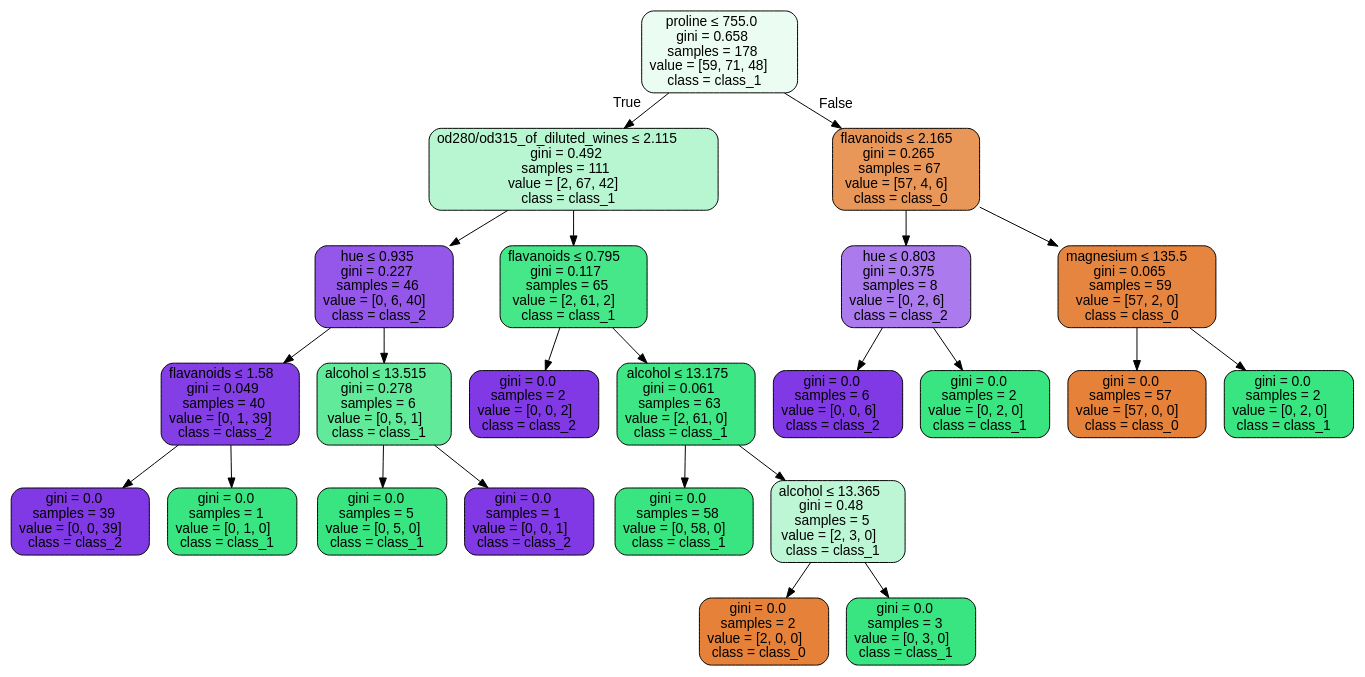
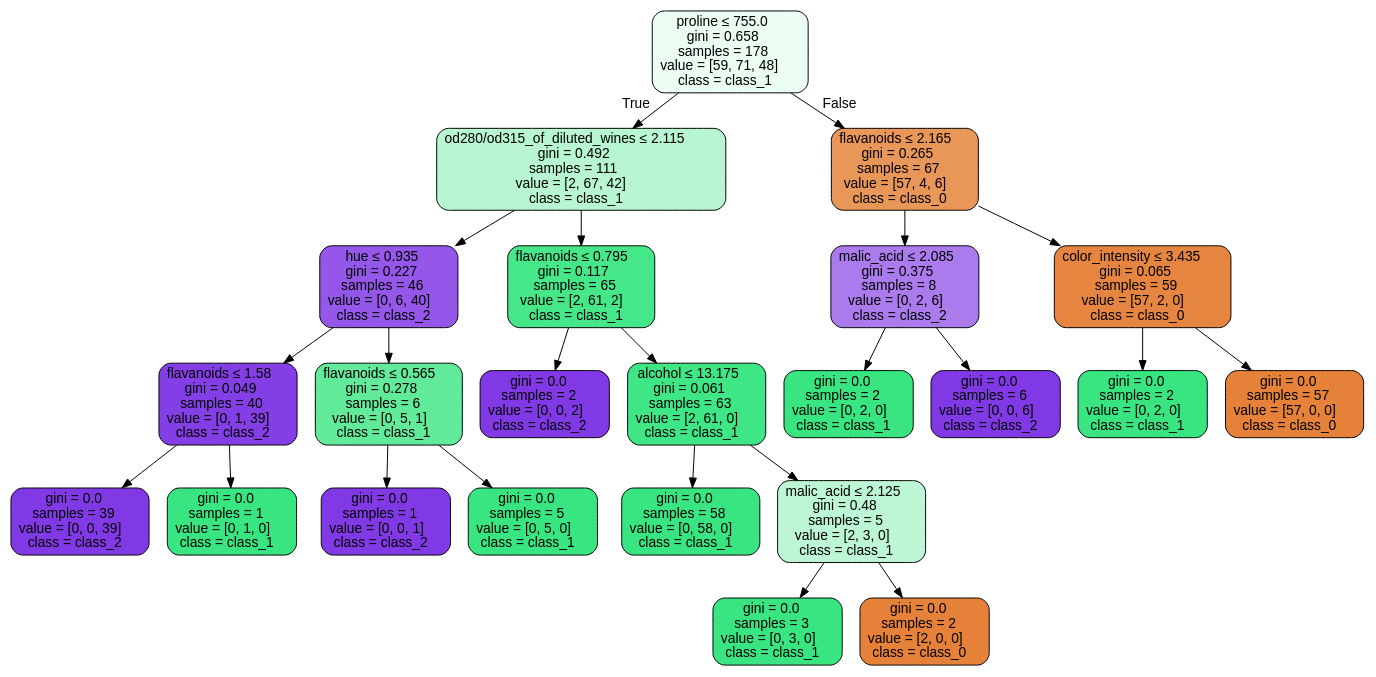
One commit to lynstanford/machine-learning-projects changed the diagram in machine-learning/wine.dot. Above: the diagram before and after it, drawn with Graphviz. The commit also changed 3 other files, not shown here.

```diff
--- a/machine-learning/wine.dot
+++ b/machine-learning/wine.dot
@@ -1,49 +1,49 @@
 digraph Tree {
 node [shape=box, style="filled, rounded", color="black", fontname="helvetica"] ;
 edge [fontname="helvetica"] ;
 0 [label=<proline &le; 755.0<br/>gini = 0.658<br/>samples = 178<br/>value = [59, 71, 48]<br/>class = class_1>, fillcolor="#ebfcf2"] ;
 1 [label=<od280/od315_of_diluted_wines &le; 2.115<br/>gini = 0.492<br/>samples = 111<br/>value = [2, 67, 42]<br/>class = class_1>, fillcolor="#b7f6d1"] ;
 0 -> 1 [labeldistance=2.5, labelangle=45, headlabel="True"] ;
 2 [label=<hue &le; 0.935<br/>gini = 0.227<br/>samples = 46<br/>value = [0, 6, 40]<br/>class = class_2>, fillcolor="#9457e9"] ;
 1 -> 2 ;
 3 [label=<flavanoids &le; 1.58<br/>gini = 0.049<br/>samples = 40<br/>value = [0, 1, 39]<br/>class = class_2>, fillcolor="#843ee6"] ;
 2 -> 3 ;
 4 [label=<gini = 0.0<br/>samples = 39<br/>value = [0, 0, 39]<br/>class = class_2>, fillcolor="#8139e5"] ;
 3 -> 4 ;
 5 [label=<gini = 0.0<br/>samples = 1<br/>value = [0, 1, 0]<br/>class = class_1>, fillcolor="#39e581"] ;
 3 -> 5 ;
-6 [label=<alcohol &le; 13.515<br/>gini = 0.278<br/>samples = 6<br/>value = [0, 5, 1]<br/>class = class_1>, fillcolor="#61ea9a"] ;
+6 [label=<flavanoids &le; 0.565<br/>gini = 0.278<br/>samples = 6<br/>value = [0, 5, 1]<br/>class = class_1>, fillcolor="#61ea9a"] ;
 2 -> 6 ;
-7 [label=<gini = 0.0<br/>samples = 5<br/>value = [0, 5, 0]<br/>class = class_1>, fillcolor="#39e581"] ;
+7 [label=<gini = 0.0<br/>samples = 1<br/>value = [0, 0, 1]<br/>class = class_2>, fillcolor="#8139e5"] ;
 6 -> 7 ;
-8 [label=<gini = 0.0<br/>samples = 1<br/>value = [0, 0, 1]<br/>class = class_2>, fillcolor="#8139e5"] ;
+8 [label=<gini = 0.0<br/>samples = 5<br/>value = [0, 5, 0]<br/>class = class_1>, fillcolor="#39e581"] ;
 6 -> 8 ;
 9 [label=<flavanoids &le; 0.795<br/>gini = 0.117<br/>samples = 65<br/>value = [2, 61, 2]<br/>class = class_1>, fillcolor="#46e789"] ;
 1 -> 9 ;
 10 [label=<gini = 0.0<br/>samples = 2<br/>value = [0, 0, 2]<br/>class = class_2>, fillcolor="#8139e5"] ;
 9 -> 10 ;
 11 [label=<alcohol &le; 13.175<br/>gini = 0.061<br/>samples = 63<br/>value = [2, 61, 0]<br/>class = class_1>, fillcolor="#3fe685"] ;
 9 -> 11 ;
 12 [label=<gini = 0.0<br/>samples = 58<br/>value = [0, 58, 0]<br/>class = class_1>, fillcolor="#39e581"] ;
 11 -> 12 ;
-13 [label=<alcohol &le; 13.365<br/>gini = 0.48<br/>samples = 5<br/>value = [2, 3, 0]<br/>class = class_1>, fillcolor="#bdf6d5"] ;
+13 [label=<malic_acid &le; 2.125<br/>gini = 0.48<br/>samples = 5<br/>value = [2, 3, 0]<br/>class = class_1>, fillcolor="#bdf6d5"] ;
 11 -> 13 ;
-14 [label=<gini = 0.0<br/>samples = 2<br/>value = [2, 0, 0]<br/>class = class_0>, fillcolor="#e58139"] ;
+14 [label=<gini = 0.0<br/>samples = 3<br/>value = [0, 3, 0]<br/>class = class_1>, fillcolor="#39e581"] ;
 13 -> 14 ;
-15 [label=<gini = 0.0<br/>samples = 3<br/>value = [0, 3, 0]<br/>class = class_1>, fillcolor="#39e581"] ;
+15 [label=<gini = 0.0<br/>samples = 2<br/>value = [2, 0, 0]<br/>class = class_0>, fillcolor="#e58139"] ;
 13 -> 15 ;
 16 [label=<flavanoids &le; 2.165<br/>gini = 0.265<br/>samples = 67<br/>value = [57, 4, 6]<br/>class = class_0>, fillcolor="#e99659"] ;
 0 -> 16 [labeldistance=2.5, labelangle=-45, headlabel="False"] ;
-17 [label=<hue &le; 0.803<br/>gini = 0.375<br/>samples = 8<br/>value = [0, 2, 6]<br/>class = class_2>, fillcolor="#ab7bee"] ;
+17 [label=<malic_acid &le; 2.085<br/>gini = 0.375<br/>samples = 8<br/>value = [0, 2, 6]<br/>class = class_2>, fillcolor="#ab7bee"] ;
 16 -> 17 ;
-18 [label=<gini = 0.0<br/>samples = 6<br/>value = [0, 0, 6]<br/>class = class_2>, fillcolor="#8139e5"] ;
+18 [label=<gini = 0.0<br/>samples = 2<br/>value = [0, 2, 0]<br/>class = class_1>, fillcolor="#39e581"] ;
 17 -> 18 ;
-19 [label=<gini = 0.0<br/>samples = 2<br/>value = [0, 2, 0]<br/>class = class_1>, fillcolor="#39e581"] ;
+19 [label=<gini = 0.0<br/>samples = 6<br/>value = [0, 0, 6]<br/>class = class_2>, fillcolor="#8139e5"] ;
 17 -> 19 ;
-20 [label=<magnesium &le; 135.5<br/>gini = 0.065<br/>samples = 59<br/>value = [57, 2, 0]<br/>class = class_0>, fillcolor="#e68540"] ;
+20 [label=<color_intensity &le; 3.435<br/>gini = 0.065<br/>samples = 59<br/>value = [57, 2, 0]<br/>class = class_0>, fillcolor="#e68540"] ;
 16 -> 20 ;
-21 [label=<gini = 0.0<br/>samples = 57<br/>value = [57, 0, 0]<br/>class = class_0>, fillcolor="#e58139"] ;
+21 [label=<gini = 0.0<br/>samples = 2<br/>value = [0, 2, 0]<br/>class = class_1>, fillcolor="#39e581"] ;
 20 -> 21 ;
-22 [label=<gini = 0.0<br/>samples = 2<br/>value = [0, 2, 0]<br/>class = class_1>, fillcolor="#39e581"] ;
+22 [label=<gini = 0.0<br/>samples = 57<br/>value = [57, 0, 0]<br/>class = class_0>, fillcolor="#e58139"] ;
 20 -> 22 ;
 }
```
